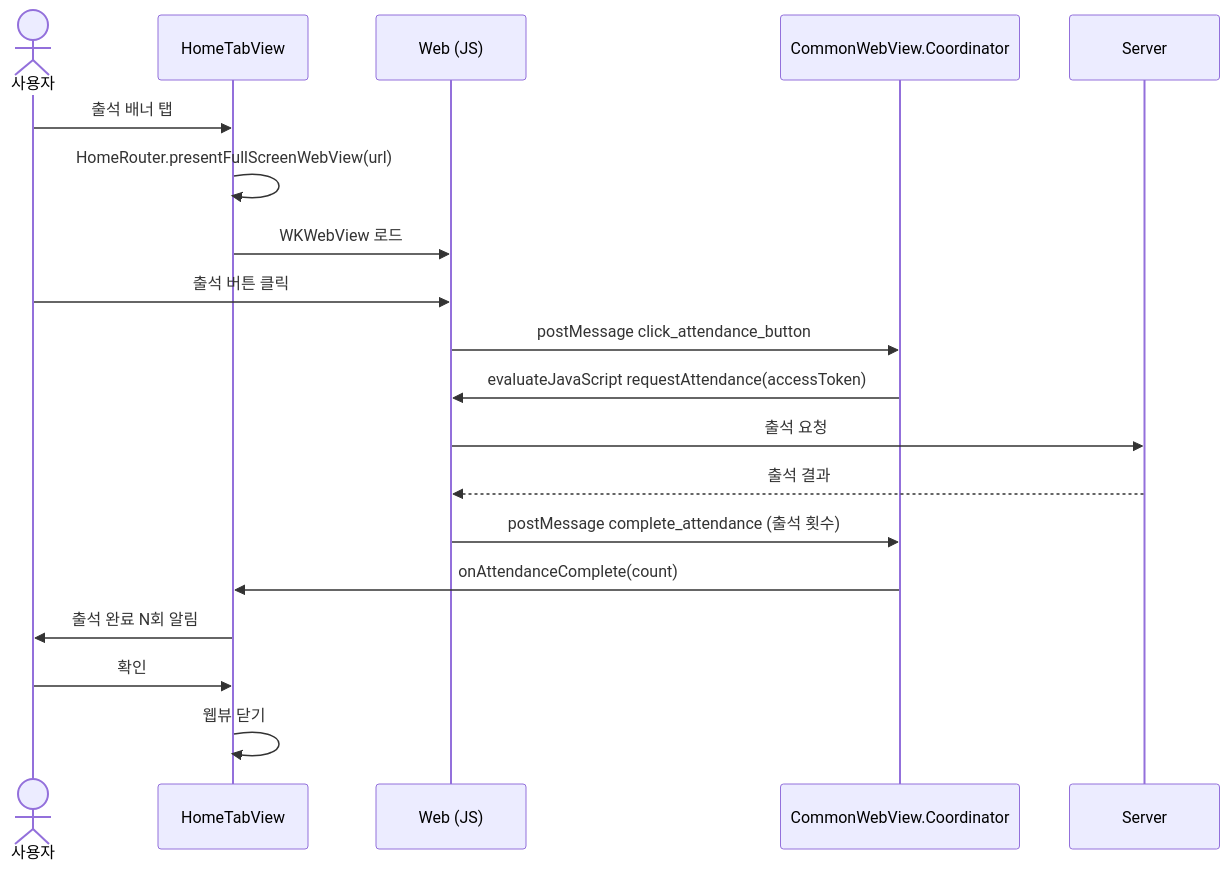
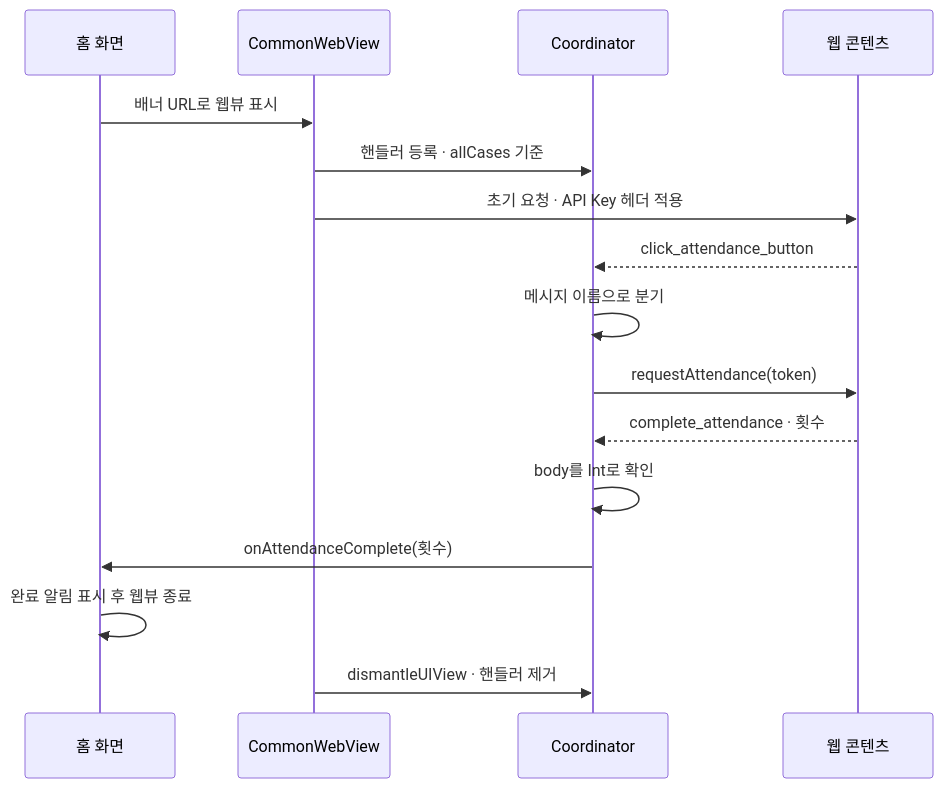
The ninth of 10 diagrams in README.md (Maekiee/FlowLab), drawn with Mermaid before and after one commit. The commit also changed other lines of this file, not shown here.

````diff
--- a/README.md
+++ b/README.md
@@ -449,22 +417,19 @@
 ```mermaid
 sequenceDiagram
-    actor U as 사용자
-    participant H as HomeTabView
-    participant W as Web (JS)
-    participant C as CommonWebView.Coordinator
-    participant API as Server
+    participant H as 홈 화면
+    participant W as CommonWebView
+    participant C as Coordinator
+    participant P as 웹 콘텐츠
 
-    U->>H: 출석 배너 탭
-    H->>H: HomeRouter.presentFullScreenWebView(url)
-    H->>W: WKWebView 로드
-    U->>W: 출석 버튼 클릭
-    W->>C: postMessage click_attendance_button
-    C->>W: evaluateJavaScript requestAttendance(accessToken)
-    W->>API: 출석 요청
-    API-->>W: 출석 결과
-    W->>C: postMessage complete_attendance (출석 횟수)
-    C->>H: onAttendanceComplete(count)
-    H->>U: 출석 완료 N회 알림
-    U->>H: 확인
-    H->>H: 웹뷰 닫기
+    H->>W: 배너 URL로 웹뷰 표시
+    W->>C: 핸들러 등록 · allCases 기준
+    W->>P: 초기 요청 · API Key 헤더 적용
+    P-->>C: click_attendance_button
+    C->>C: 메시지 이름으로 분기
+    C->>P: requestAttendance(token)
+    P-->>C: complete_attendance · 횟수
+    C->>C: body를 Int로 확인
+    C->>H: onAttendanceComplete(횟수)
+    H->>H: 완료 알림 표시 후 웹뷰 종료
+    W->>C: dismantleUIView · 핸들러 제거
 ```
````
